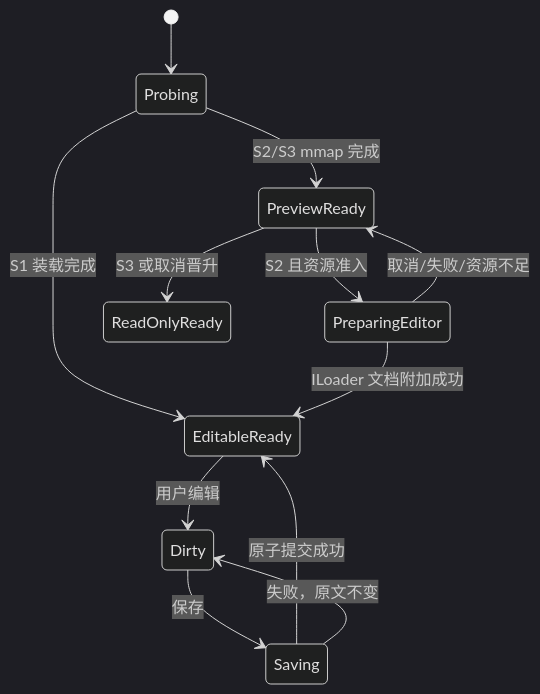
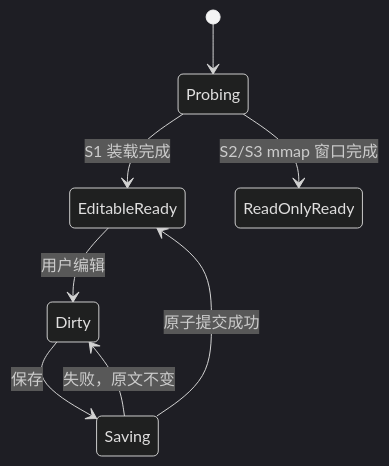
One commit to iwandac/Notepad-Safe changed the fourth of 6 diagrams in docs/DESIGN.md. Above: the diagram before and after it, drawn with Mermaid (dark theme). The commit also changed other lines of this file and 24 other files, not shown here.

Commit message:
refactor: make large files read-only

````diff
--- a/docs/DESIGN.md
+++ b/docs/DESIGN.md
@@ -309,14 +315,10 @@
 ```mermaid
 stateDiagram-v2
     [*] --> Probing
     Probing --> EditableReady: S1 装载完成
-    Probing --> PreviewReady: S2/S3 mmap 完成
-    PreviewReady --> PreparingEditor: S2 且资源准入
-    PreparingEditor --> EditableReady: ILoader 文档附加成功
-    PreparingEditor --> PreviewReady: 取消/失败/资源不足
-    PreviewReady --> ReadOnlyReady: S3 或取消晋升
+    Probing --> ReadOnlyReady: S2/S3 mmap 窗口完成
     EditableReady --> Dirty: 用户编辑
     Dirty --> Saving: 保存
     Saving --> EditableReady: 原子提交成功
     Saving --> Dirty: 失败，原文不变
 ```
````
